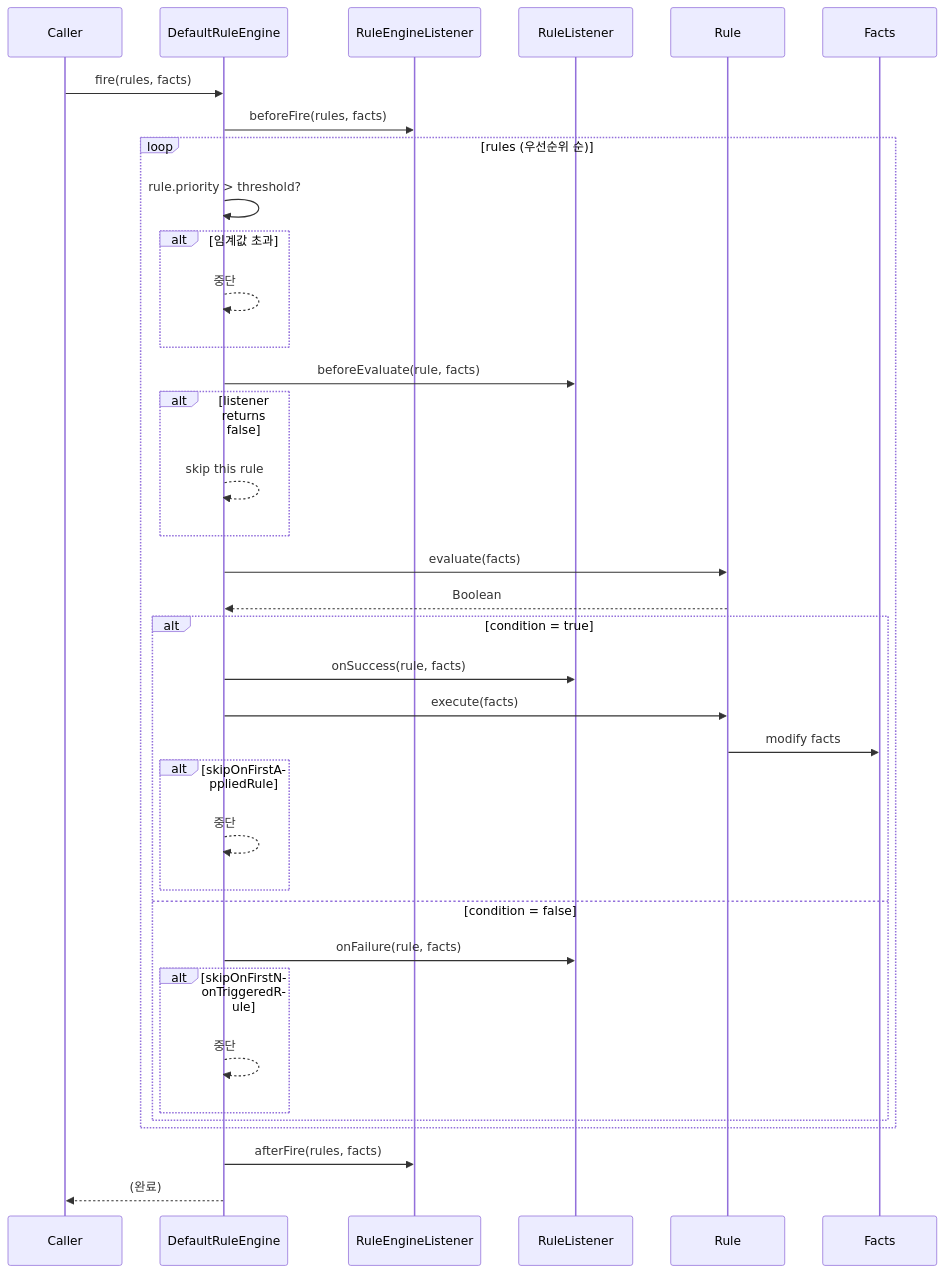
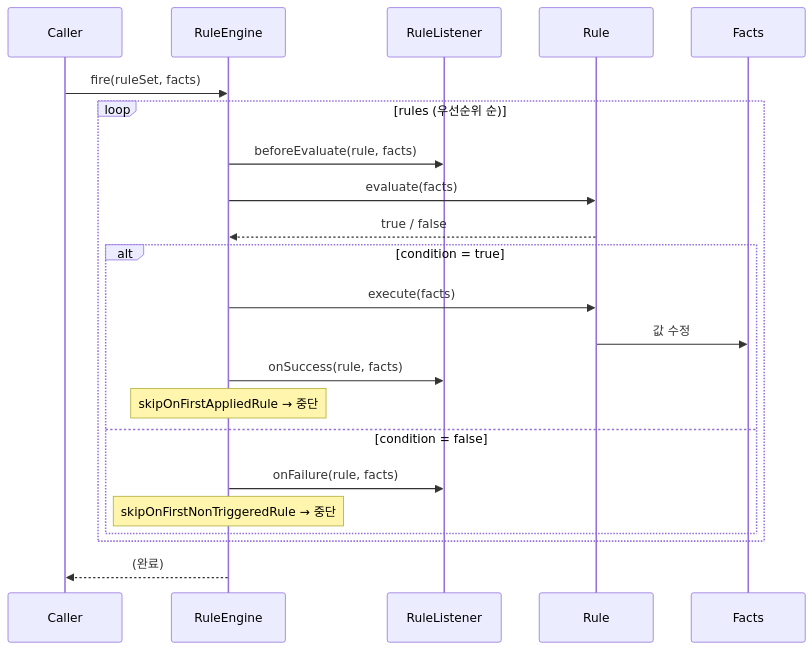
One commit to bluetape4k/bluetape4k-projects changed the fifth of 7 diagrams in utils/rule-engine/README.ko.md. Above: the diagram before and after it, drawn with Mermaid. The commit also changed other lines of this file and 14 other files, not shown here.

````diff
--- a/utils/rule-engine/README.ko.md
+++ b/utils/rule-engine/README.ko.md
@@ -462,44 +198,27 @@
 ```mermaid
 sequenceDiagram
     participant Caller
-    participant DefaultRuleEngine
-    participant RuleEngineListener
+    participant RuleEngine
     participant RuleListener
     participant Rule
     participant Facts
-
-    Caller->>DefaultRuleEngine: fire(rules, facts)
-    DefaultRuleEngine->>RuleEngineListener: beforeFire(rules, facts)
+    Caller ->> RuleEngine: fire(ruleSet, facts)
 
     loop rules (우선순위 순)
-        DefaultRuleEngine->>DefaultRuleEngine: rule.priority > threshold?
-        alt 임계값 초과
-            DefaultRuleEngine-->>DefaultRuleEngine: 중단
-        end
-
-        DefaultRuleEngine->>RuleListener: beforeEvaluate(rule, facts)
-        alt listener returns false
-            DefaultRuleEngine-->>DefaultRuleEngine: skip this rule
-        end
-
-        DefaultRuleEngine->>Rule: evaluate(facts)
-        Rule-->>DefaultRuleEngine: Boolean
+        RuleEngine ->> RuleListener: beforeEvaluate(rule, facts)
+        RuleEngine ->> Rule: evaluate(facts)
+        Rule -->> RuleEngine: true / false
 
         alt condition = true
-            DefaultRuleEngine->>RuleListener: onSuccess(rule, facts)
-            DefaultRuleEngine->>Rule: execute(facts)
-            Rule->>Facts: modify facts
-            alt skipOnFirstAppliedRule
-                DefaultRuleEngine-->>DefaultRuleEngine: 중단
-            end
+            RuleEngine ->> Rule: execute(facts)
+            Rule ->> Facts: 값 수정
+            RuleEngine ->> RuleListener: onSuccess(rule, facts)
+            Note over RuleEngine: skipOnFirstAppliedRule → 중단
         else condition = false
-            DefaultRuleEngine->>RuleListener: onFailure(rule, facts)
-            alt skipOnFirstNonTriggeredRule
-                DefaultRuleEngine-->>DefaultRuleEngine: 중단
-            end
+            RuleEngine ->> RuleListener: onFailure(rule, facts)
+            Note over RuleEngine: skipOnFirstNonTriggeredRule → 중단
         end
     end
 
-    DefaultRuleEngine->>RuleEngineListener: afterFire(rules, facts)
-    DefaultRuleEngine-->>Caller: (완료)
+    RuleEngine -->> Caller: (완료)
 ```
````
